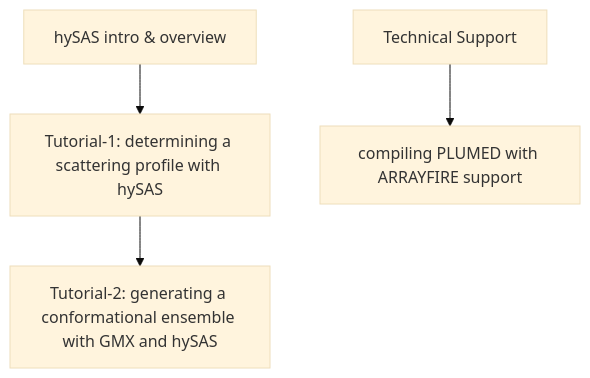
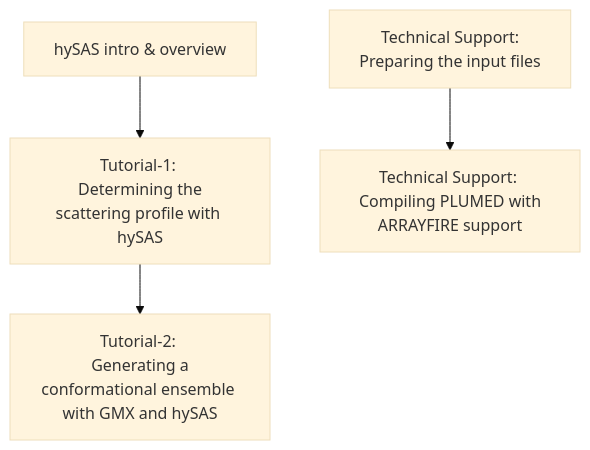
Before and after one commit to compsb-unimi/sas-tutorial: the diagram in NAVIGATION.md, drawn with Mermaid (base theme). The commit also changed 3 other files, not shown here.

````diff
--- a/NAVIGATION.md
+++ b/NAVIGATION.md
@@ -1,13 +1,15 @@
 ```mermaid
 flowchart TB
   A[hySAS intro & overview]
-  A --> B[Tutorial-1: determining a scattering profile with hySAS]
-  B --> C[Tutorial-2: generating a conformational ensemble with GMX and hySAS]
+  A --> B[Tutorial-1: <br> Determining the scattering profile with hySAS]
+  B --> C[Tutorial-2: <br> Generating a conformational ensemble with GMX and hySAS]
 
-  D[Technical Support]
-  D --> E[compiling PLUMED with ARRAYFIRE support]
+  D[Technical Support: <br> Preparing the input files]
+  D --> E[Technical Support: <br> Compiling PLUMED with ARRAYFIRE support]
   
-  click B "01.md" "Tutorial-1: determining a scattering profile with hySAS"
+  click A "intro.md" "hySAS intro & overview"
+  click B "01.md" "Tutorial-1: determining the scattering profile with hySAS"
   click C "02.md" "Tutorial-2: generating a conformational ensemble with GMX and hySAS"
-  click E "arrayfire.md" "compiling PLUMED with ARRAYFIRE support"
+  click D "input.md" "Preparing the input files"
+  click E "arrayfire.md" "Compiling PLUMED with ARRAYFIRE support"
 ```
````
